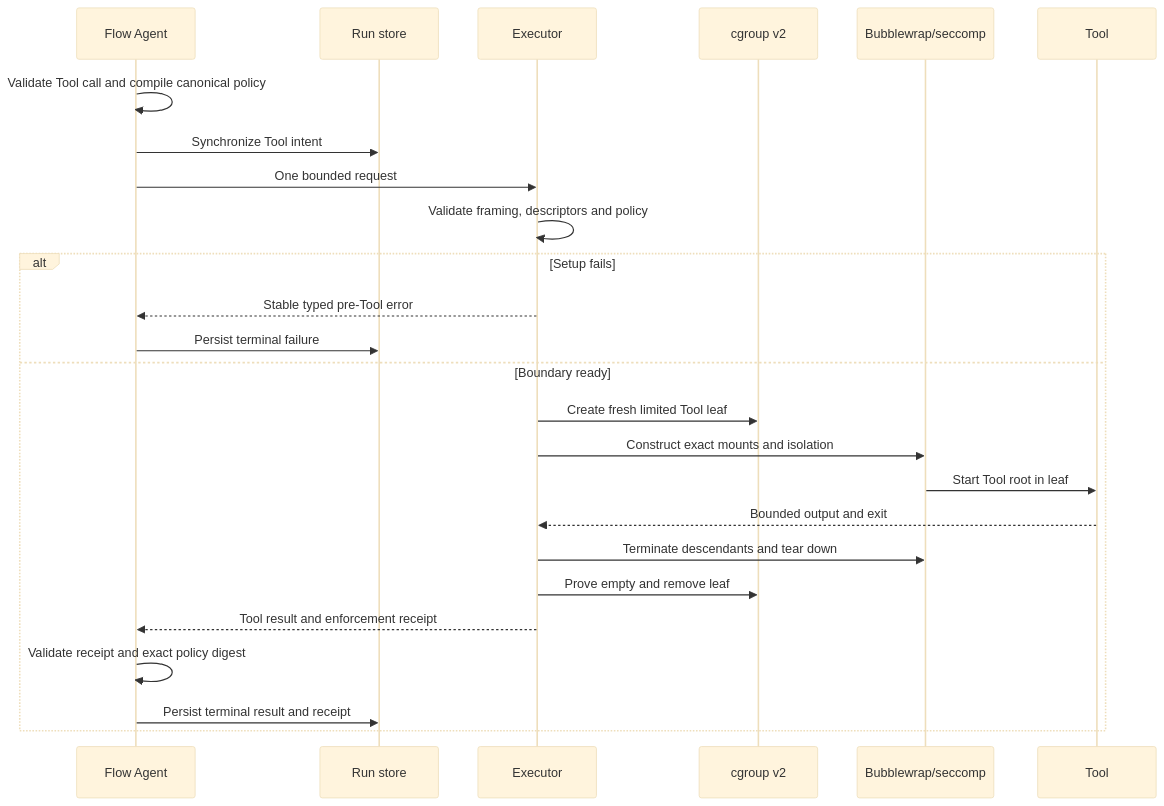
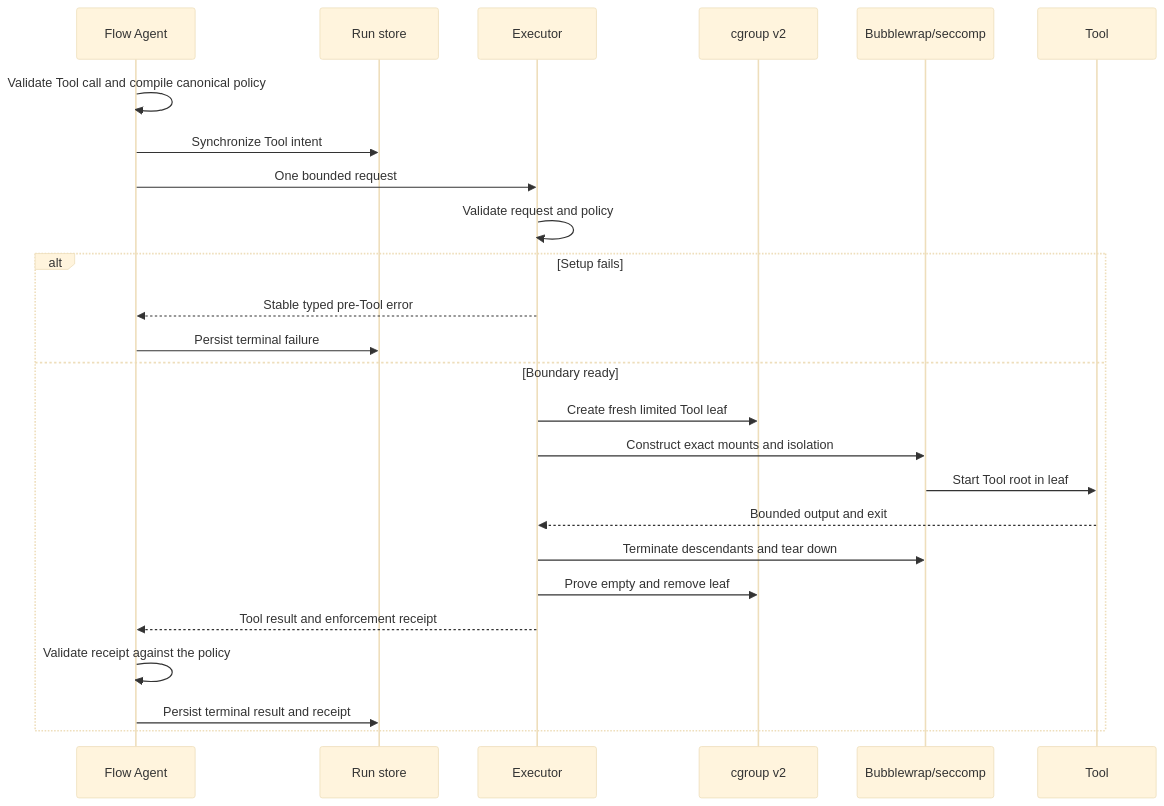
One commit to Open-Equilibrium/watershed changed the third of 3 diagrams in docs/concept/flow-agent-executor-architecture.md. Above: the diagram before and after it, drawn with Mermaid (base theme). The commit also changed other lines of this file and 5 other files, not shown here.

````diff
--- a/docs/concept/flow-agent-executor-architecture.md
+++ b/docs/concept/flow-agent-executor-architecture.md
@@ -65,27 +65,27 @@
 ```mermaid
 sequenceDiagram
   participant F as Flow Agent
   participant S as Run store
   participant E as Executor
   participant C as cgroup v2
   participant B as Bubblewrap/seccomp
   participant T as Tool
   F->>F: Validate Tool call and compile canonical policy
   F->>S: Synchronize Tool intent
   F->>E: One bounded request
-  E->>E: Validate framing, descriptors and policy
+  E->>E: Validate request and policy
   alt Setup fails
     E-->>F: Stable typed pre-Tool error
     F->>S: Persist terminal failure
   else Boundary ready
     E->>C: Create fresh limited Tool leaf
     E->>B: Construct exact mounts and isolation
     B->>T: Start Tool root in leaf
     T-->>E: Bounded output and exit
     E->>B: Terminate descendants and tear down
     E->>C: Prove empty and remove leaf
     E-->>F: Tool result and enforcement receipt
-    F->>F: Validate receipt and exact policy digest
+    F->>F: Validate receipt against the policy
     F->>S: Persist terminal result and receipt
   end
 ```
````
